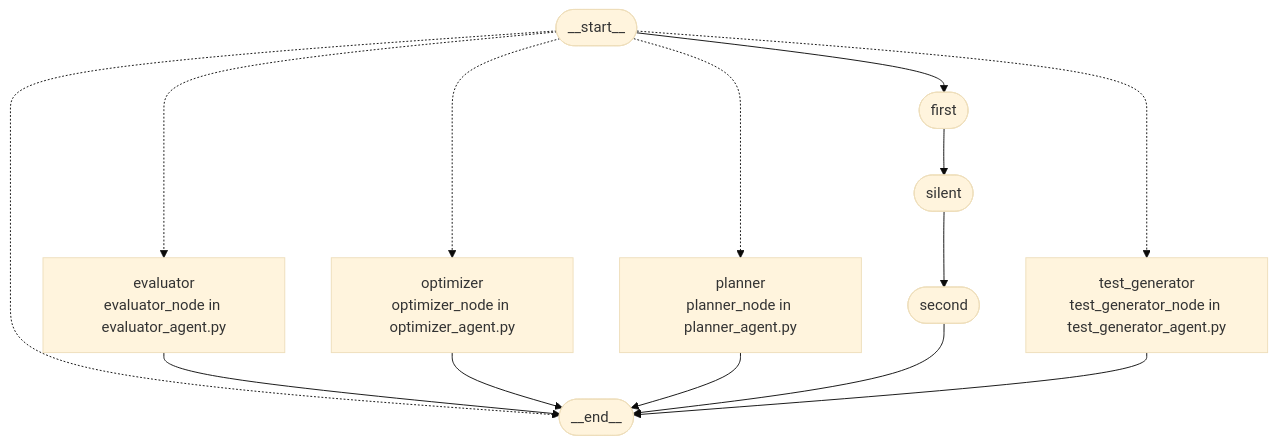
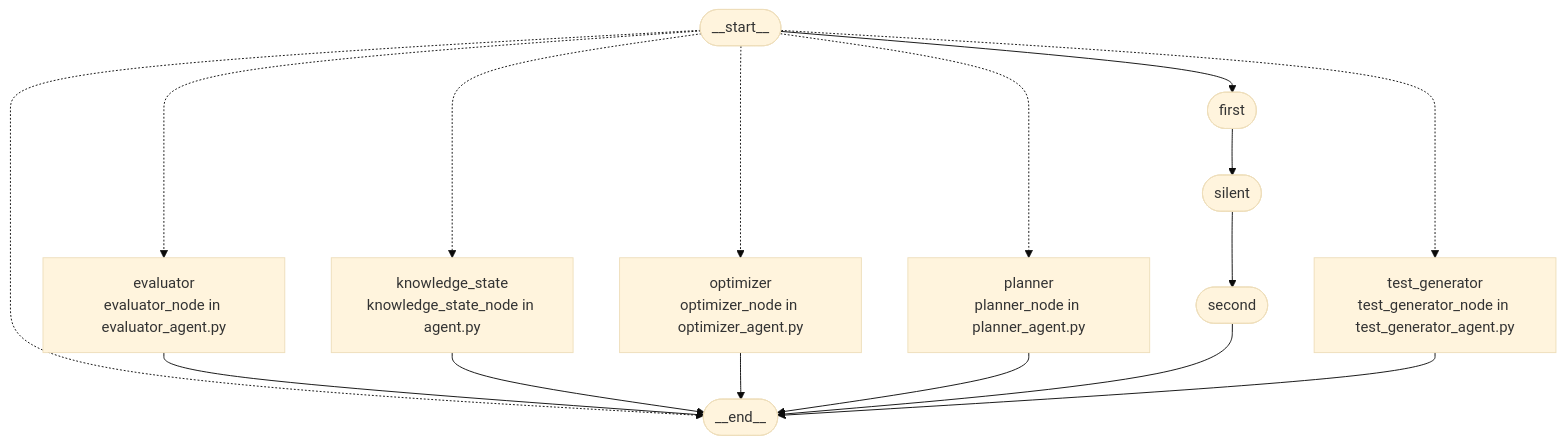
The second of 2 diagrams in docs/repo-graph/REPO_MAP.md (asparagusD/readfocus), drawn with Mermaid (base theme) before and after one commit. The commit also changed other lines of this file and 13 other files, not shown here.

````diff
--- a/docs/repo-graph/REPO_MAP.md
+++ b/docs/repo-graph/REPO_MAP.md
@@ -189,25 +191,28 @@
 ```mermaid
 flowchart TD
   graph_node___end__(["__end__"])
   graph_node___start__(["__start__"])
   graph_node___start__ -.-> graph_node___end__
   graph_node___start__ -.-> graph_node_evaluator
   graph_node___start__ --> graph_node_first
+  graph_node___start__ -.-> graph_node_knowledge_state
   graph_node___start__ -.-> graph_node_optimizer
   graph_node___start__ -.-> graph_node_planner
   graph_node___start__ -.-> graph_node_test_generator
   graph_node_evaluator["evaluator<br/>evaluator_node in evaluator_agent.py"]
   graph_node_evaluator --> graph_node___end__
   graph_node_first(["first"])
   graph_node_first --> graph_node_silent
+  graph_node_knowledge_state["knowledge_state<br/>knowledge_state_node in agent.py"]
+  graph_node_knowledge_state --> graph_node___end__
   graph_node_optimizer["optimizer<br/>optimizer_node in optimizer_agent.py"]
   graph_node_optimizer --> graph_node___end__
   graph_node_planner["planner<br/>planner_node in planner_agent.py"]
   graph_node_planner --> graph_node___end__
   graph_node_second(["second"])
   graph_node_second --> graph_node___end__
   graph_node_silent(["silent"])
   graph_node_silent --> graph_node_second
   graph_node_test_generator["test_generator<br/>test_generator_node in test_generator_agent.py"]
   graph_node_test_generator --> graph_node___end__
 ```
````
